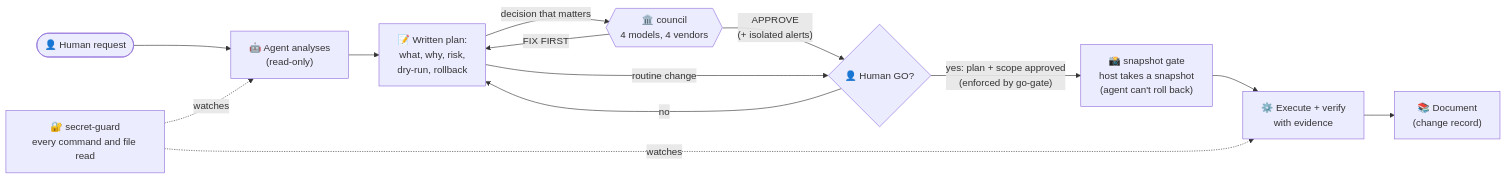
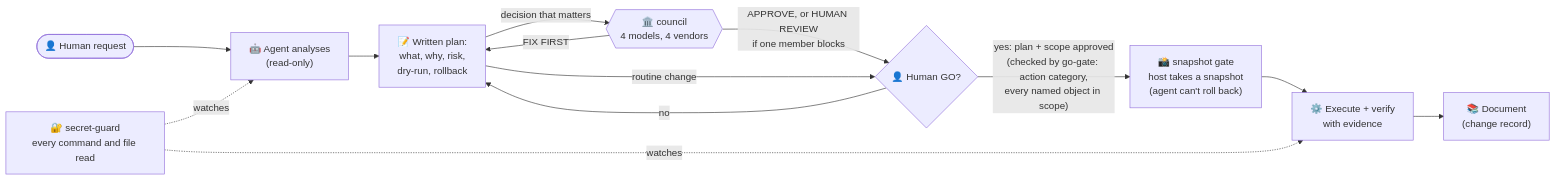
Before and after one commit to renocz/agent-ops-guardrails: the diagram in README.md, drawn with Mermaid. The commit also changed other lines of this file and 21 other files, not shown here.

````diff
--- a/README.md
+++ b/README.md
@@ -15,15 +15,15 @@
 ```mermaid
 flowchart LR
     H(["👤 Human request"]) --> A["🤖 Agent analyses<br/>(read-only)"]
     A --> P["📝 Written plan:<br/>what, why, risk,<br/>dry-run, rollback"]
     P -->|"decision that matters"| C{{"🏛️ council<br/>4 models, 4 vendors"}}
     C -->|"FIX FIRST"| P
-    C -->|"APPROVE<br/>(+ isolated alerts)"| G{"👤 Human GO?"}
+    C -->|"APPROVE, or HUMAN REVIEW<br/>if one member blocks"| G{"👤 Human GO?"}
     P -->|"routine change"| G
     G -->|"no"| P
-    G -->|"yes: plan + scope approved<br/>(enforced by go-gate)"| S["📸 snapshot gate<br/>host takes a snapshot<br/>(agent can't roll back)"]
+    G -->|"yes: plan + scope approved<br/>(checked by go-gate: action category,<br/>every named object in scope)"| S["📸 snapshot gate<br/>host takes a snapshot<br/>(agent can't roll back)"]
     S --> E["⚙️ Execute + verify<br/>with evidence"]
     E --> D["📚 Document<br/>(change record)"]
     SG["🔐 secret-guard<br/>every command and file read"] -.->|"watches"| A
     SG -.->|"watches"| E
 ```
````
